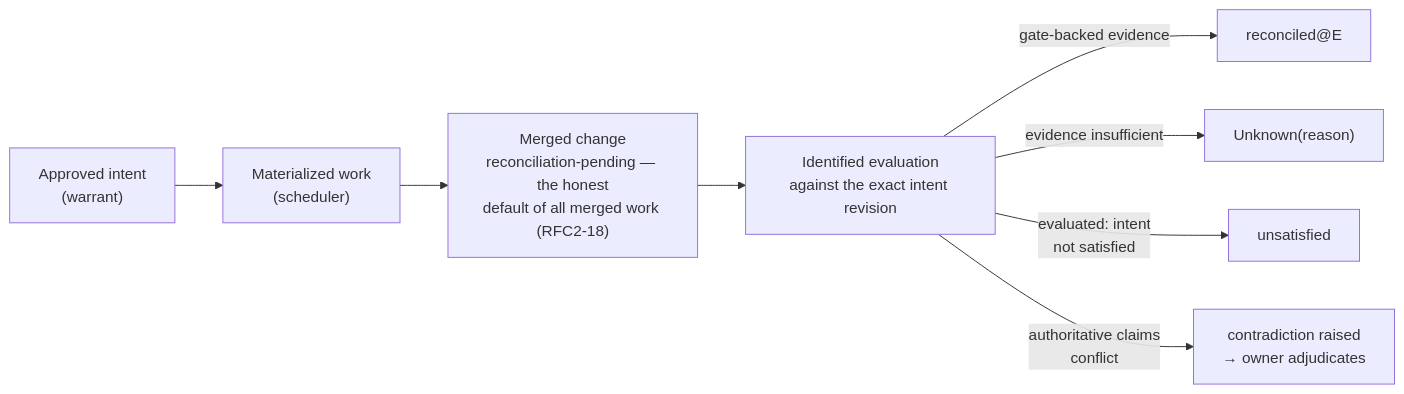
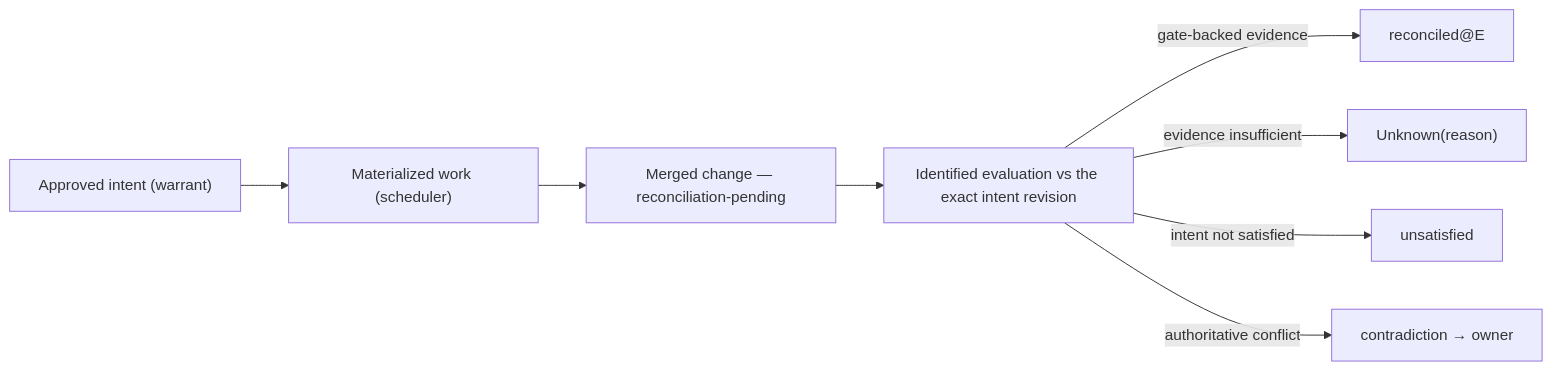
The second of 2 diagrams in .syzygy/intent/OVERVIEW.md (Tzeusy/syzygy), drawn with Mermaid before and after one commit. The commit also changed other lines of this file and 170 other files, not shown here.

````diff
--- a/.syzygy/intent/OVERVIEW.md
+++ b/.syzygy/intent/OVERVIEW.md
@@ -121,10 +131,10 @@
 ```mermaid
 flowchart LR
-    Intent["Approved intent<br/>(warrant)"] --> Work["Materialized work<br/>(scheduler)"]
-    Work --> Merged["Merged change<br/>reconciliation-pending — the honest<br/>default of all merged work (RFC2-18)"]
-    Merged --> Eval["Identified evaluation<br/>against the exact intent revision"]
-    Eval -->|"gate-backed evidence"| Rec["reconciled@E"]
-    Eval -->|"evidence insufficient"| Unk["Unknown(reason)"]
-    Eval -->|"evaluated: intent<br/>not satisfied"| Unsat["unsatisfied"]
-    Eval -->|"authoritative claims<br/>conflict"| Con["contradiction raised<br/>→ owner adjudicates"]
+    Intent["Approved intent (warrant)"] --> Work["Materialized work (scheduler)"]
+    Work --> Merged["Merged change — reconciliation-pending"]
+    Merged --> Eval["Identified evaluation vs the exact intent revision"]
+    Eval -->|gate-backed evidence| Rec["reconciled@E"]
+    Eval -->|evidence insufficient| Unk["Unknown(reason)"]
+    Eval -->|intent not satisfied| Unsat["unsatisfied"]
+    Eval -->|authoritative conflict| Con["contradiction → owner"]
 ```
````
